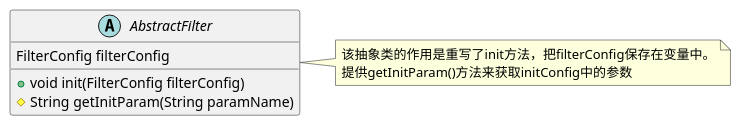
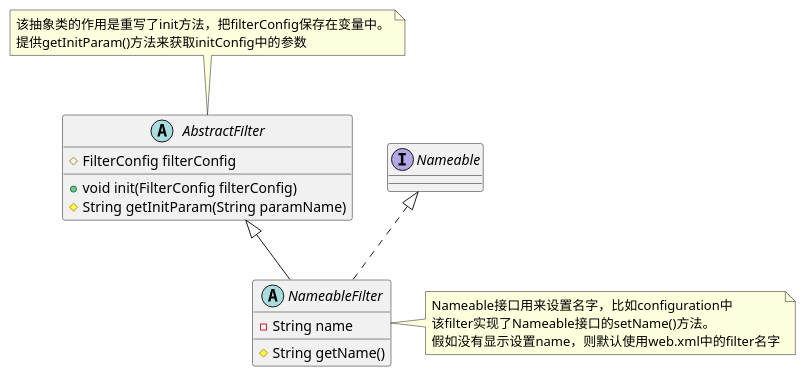
One commit to amykiki/zheng changed the diagram in zheng-upms/filtersUML.puml. Above: the diagram before and after it, drawn with PlantUML.

Commit message:
使用MBG重新生成modal，dao和xml mapper文件

```diff
--- a/zheng-upms/filtersUML.puml
+++ b/zheng-upms/filtersUML.puml
@@ -1,9 +1,21 @@
 @startuml
 abstract class AbstractFilter {
-FilterConfig filterConfig
+#FilterConfig filterConfig
 +void init(FilterConfig filterConfig)
 #String getInitParam(String paramName)
 }
 
-note right of AbstractFilter : 该抽象类的作用是重写了init方法，把filterConfig保存在变量中。\n提供getInitParam()方法来获取initConfig中的参数
+interface Nameable
+
+abstract class NameableFilter {
+-String name
+#String getName()
+}
+
+note top of AbstractFilter : 该抽象类的作用是重写了init方法，把filterConfig保存在变量中。\n提供getInitParam()方法来获取initConfig中的参数
+
+note right of NameableFilter : Nameable接口用来设置名字，比如configuration中\n该filter实现了Nameable接口的setName()方法。\n假如没有显示设置name，则默认使用web.xml中的filter名字
+
+AbstractFilter <|-- NameableFilter
+Nameable <|.. NameableFilter
 @enduml
```
